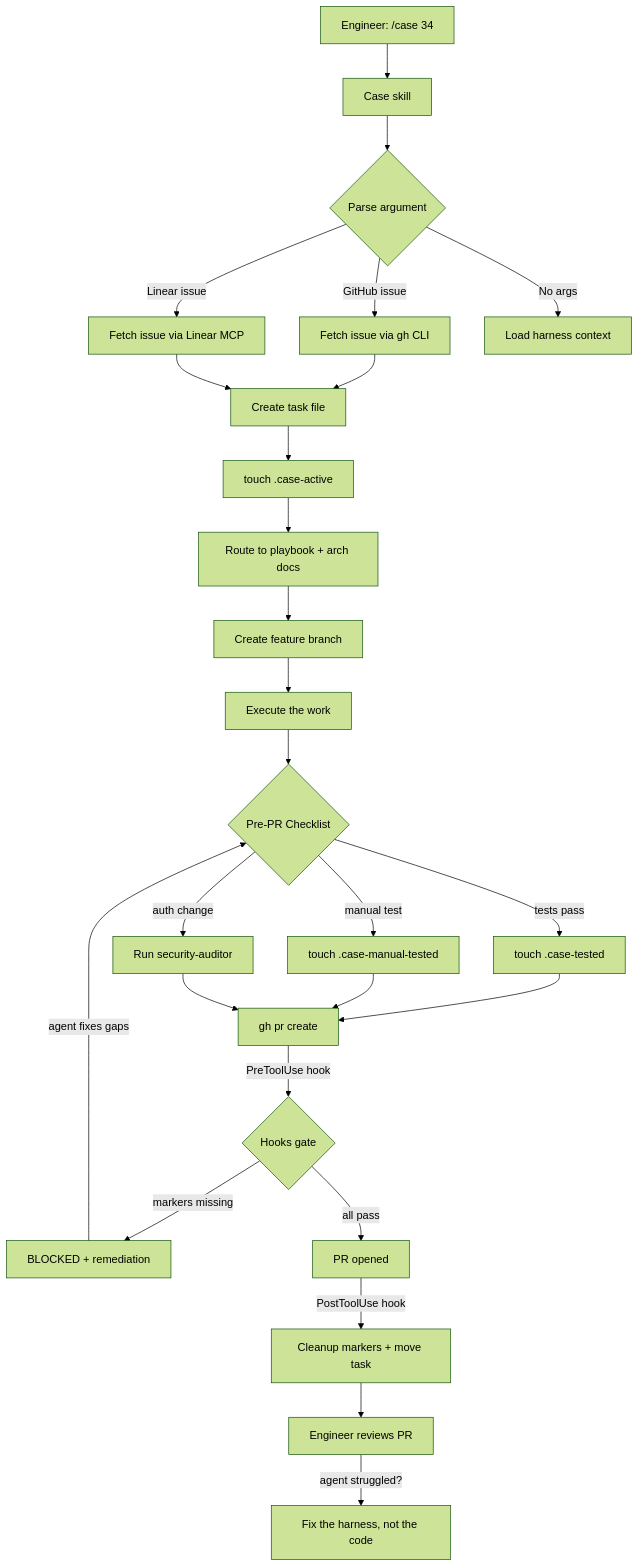
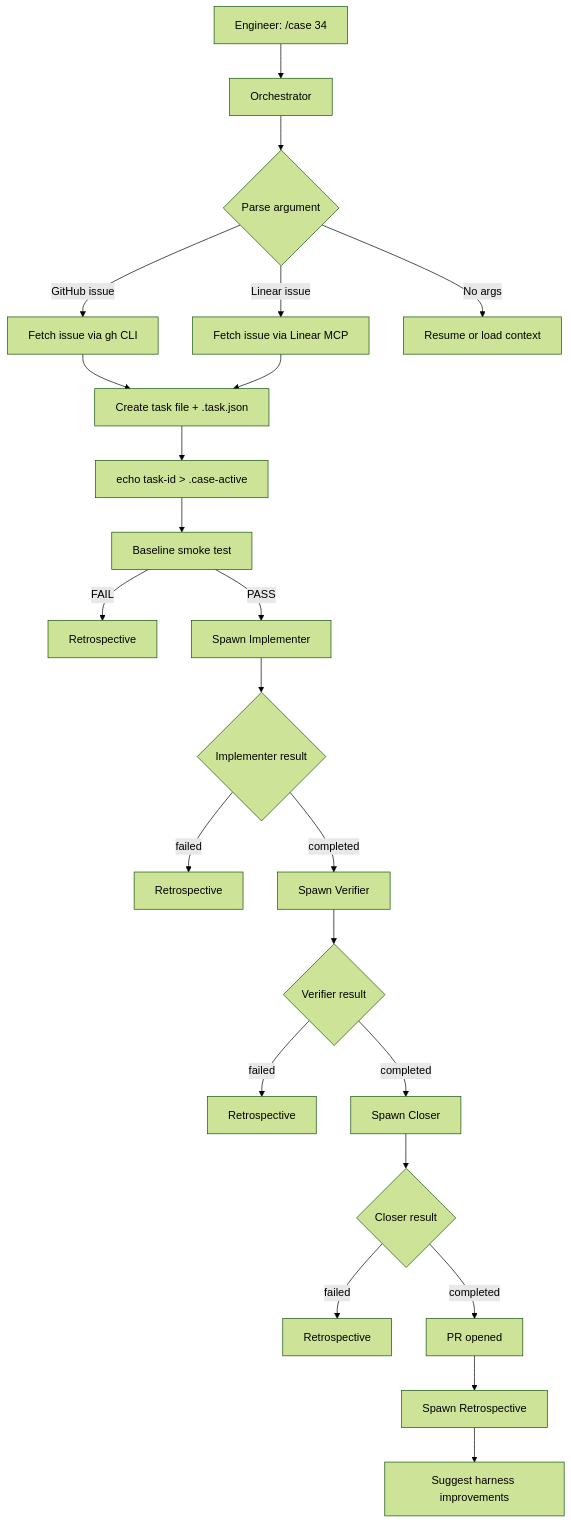
One commit to sixty4bit/case changed the first of 2 diagrams in README.md. Above: the diagram before and after it, drawn with Mermaid (forest theme). The commit also changed other lines of this file, not shown here.

First line of the commit message:
docs: update README for v0.8.0 five-agent pipeline

````diff
--- a/README.md
+++ b/README.md
@@ -11,33 +13,30 @@
 ```mermaid
 graph TD
-    A["Engineer: /case 34"] --> B["Case skill"]
+    A["Engineer: /case 34"] --> B["Orchestrator"]
     B --> C{Parse argument}
     C -->|GitHub issue| D["Fetch issue via gh CLI"]
     C -->|Linear issue| E["Fetch issue via Linear MCP"]
-    C -->|No args| F["Load harness context"]
+    C -->|No args| F["Resume or load context"]
 
-    D --> G["Create task file"]
+    D --> G["Create task file + .task.json"]
     E --> G
-    G --> H["touch .case-active"]
-    H --> I["Route to playbook + arch docs"]
-    I --> J["Create feature branch"]
-    J --> K["Execute the work"]
+    G --> H["echo task-id > .case-active"]
+    H --> I["Baseline smoke test"]
+    I -->|FAIL| R8a["Retrospective"]
+    I -->|PASS| J["Spawn Implementer"]
 
-    K --> L{"Pre-PR Checklist"}
-    L -->|tests pass| L1["touch .case-tested"]
-    L -->|manual test| L2["touch .case-manual-tested"]
-    L -->|auth change| L3["Run security-auditor"]
+    J --> K{"Implementer result"}
+    K -->|failed| R8b["Retrospective"]
+    K -->|completed| L["Spawn Verifier"]
 
-    L1 --> M["gh pr create"]
-    L2 --> M
-    L3 --> M
+    L --> M{"Verifier result"}
+    M -->|failed| R8c["Retrospective"]
+    M -->|completed| N["Spawn Closer"]
 
-    M -->|PreToolUse hook| N{"Hooks gate"}
-    N -->|markers missing| O["BLOCKED + remediation"]
-    O -->|agent fixes gaps| L
-    N -->|all pass| P["PR opened"]
+    N --> O{"Closer result"}
+    O -->|failed| R8d["Retrospective"]
+    O -->|completed| P["PR opened"]
 
-    P -->|PostToolUse hook| Q["Cleanup markers + move task"]
-    Q --> R["Engineer reviews PR"]
-    R -->|agent struggled?| S["Fix the harness, not the code"]
+    P --> Q["Spawn Retrospective"]
+    Q --> R["Suggest harness improvements"]
 ```
````
